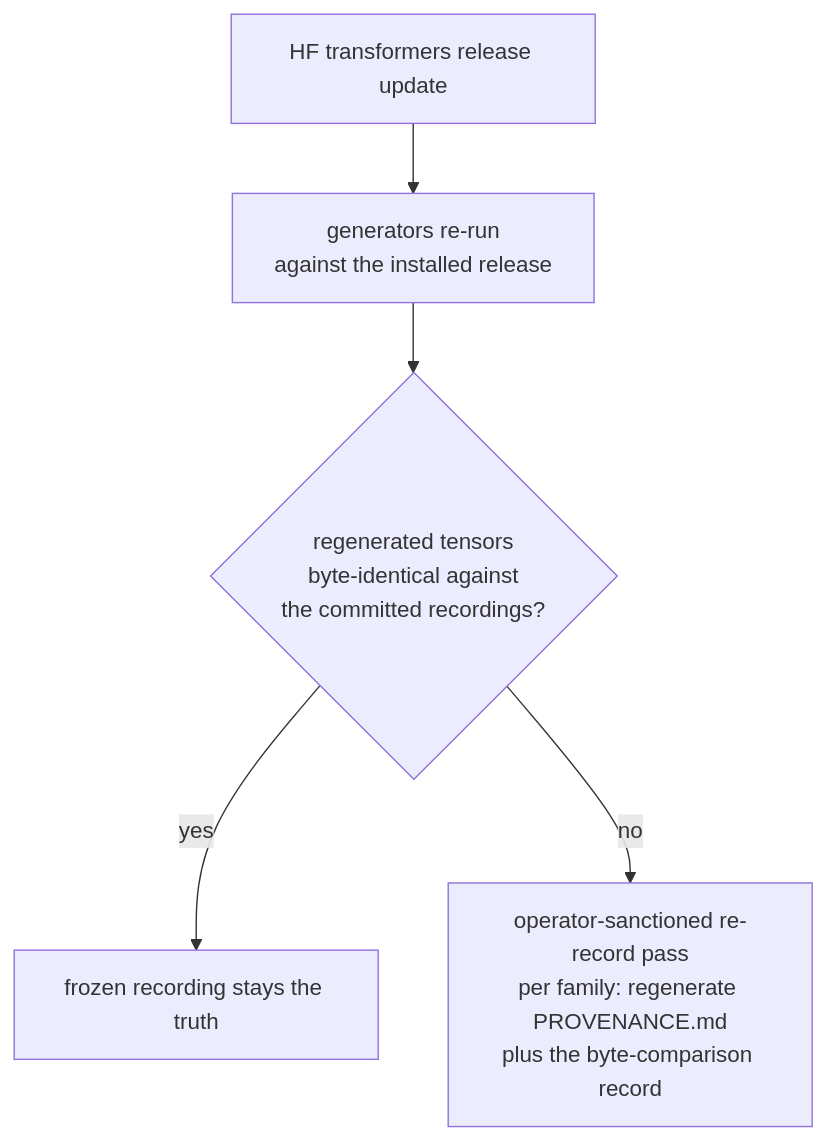
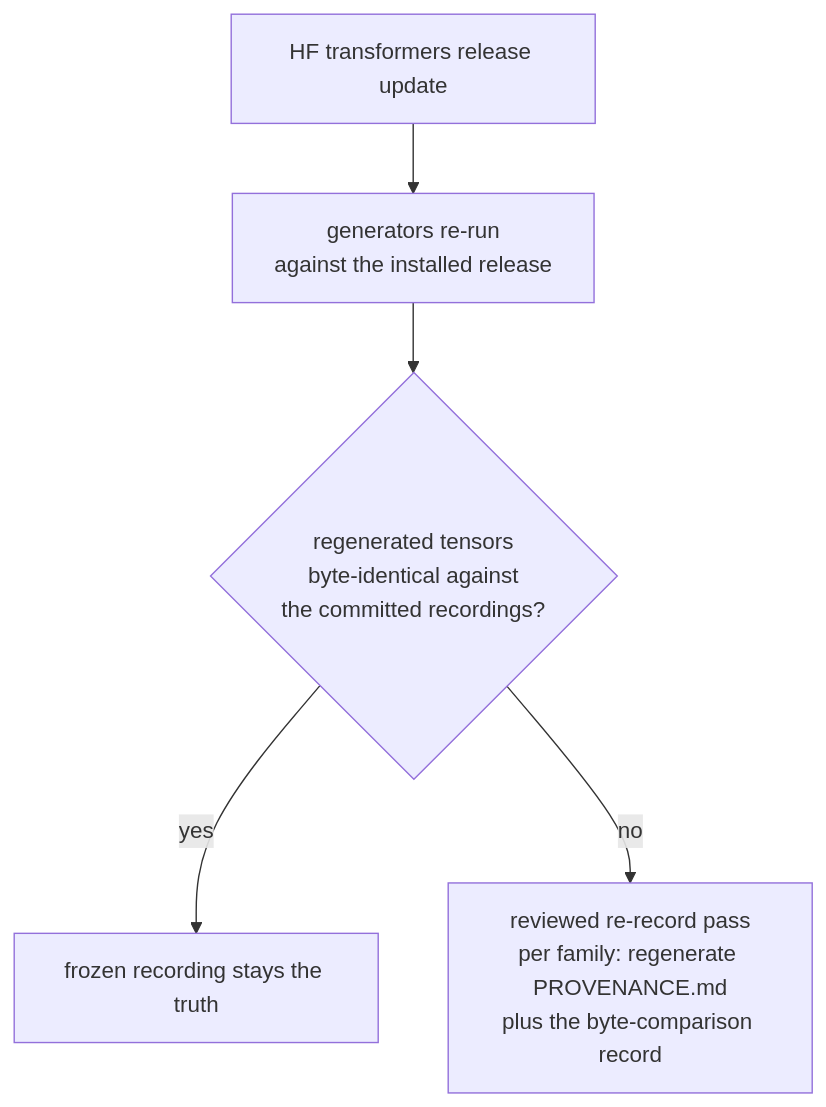
Before and after one commit to mratsim/tattletale: the fourth of 4 diagrams in workspace/transformers/tests/README.md, drawn with Mermaid. The commit also changed other lines of this file and 26 other files, not shown here.

````diff
--- a/workspace/transformers/tests/README.md
+++ b/workspace/transformers/tests/README.md
@@ -322,7 +323,7 @@
 ```mermaid
 flowchart TD
     U["HF transformers release update"] --> G["generators re-run<br/>against the installed release"]
     G --> C{"regenerated tensors<br/>byte-identical against<br/>the committed recordings?"}
     C -->|yes| K["frozen recording stays the truth"]
-    C -->|no| P["operator-sanctioned re-record pass<br/>per family: regenerate PROVENANCE.md<br/>plus the byte-comparison record"]
+    C -->|no| P["reviewed re-record pass<br/>per family: regenerate PROVENANCE.md<br/>plus the byte-comparison record"]
 ```
````
